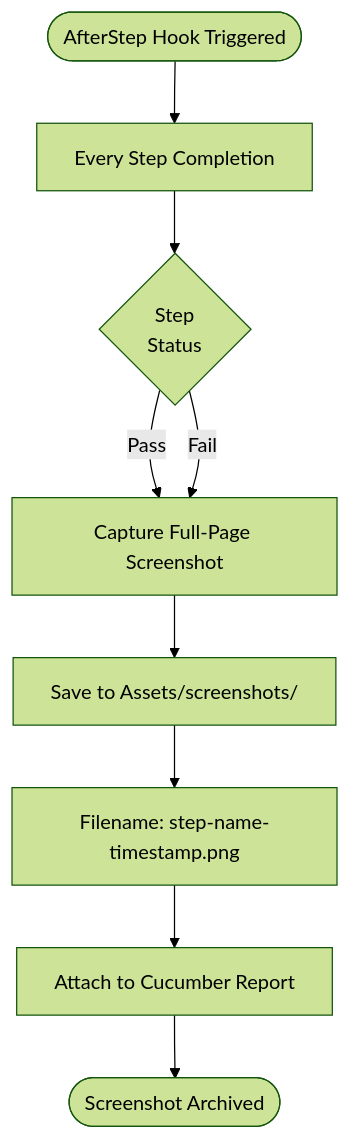
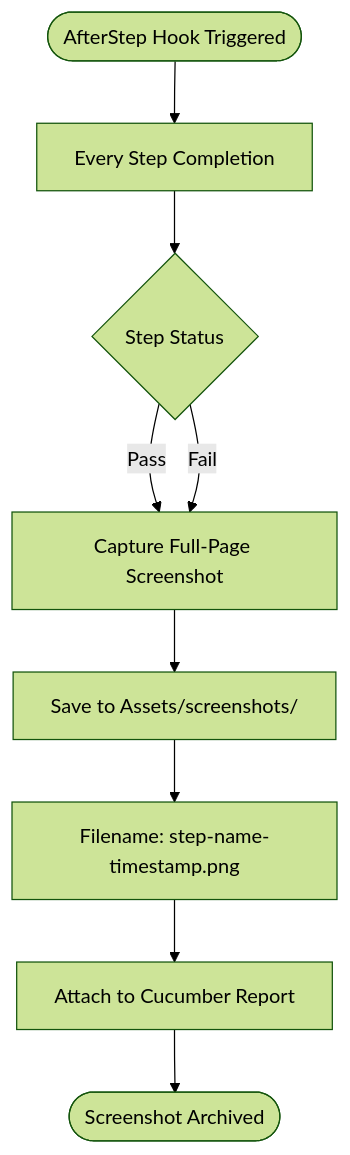
Diagram 12 of 15 in rchitecture.md (ron457/Cucumber-Test-Ophelia), drawn with Mermaid (forest theme) before and after one commit. The commit also changed other lines of this file, not shown here.

````diff
--- a/rchitecture.md
+++ b/rchitecture.md
@@ -316,11 +311,11 @@
 ```mermaid
 flowchart TD
     A([AfterStep Hook Triggered]) --> B[Every Step Completion]
-    B --> C{Step\nStatus}
+    B --> C{Step Status}
     C -->|Pass| D[Capture Full-Page Screenshot]
     C -->|Fail| D
-    D --> E[Save to Assets/screenshots/]
-    E --> F[Filename: step-name-timestamp.png]
+    D --> E["Save to Assets/screenshots/"]
+    E --> F["Filename: step-name-timestamp.png"]
     F --> G[Attach to Cucumber Report]
     G --> H([Screenshot Archived])
 ```
````
